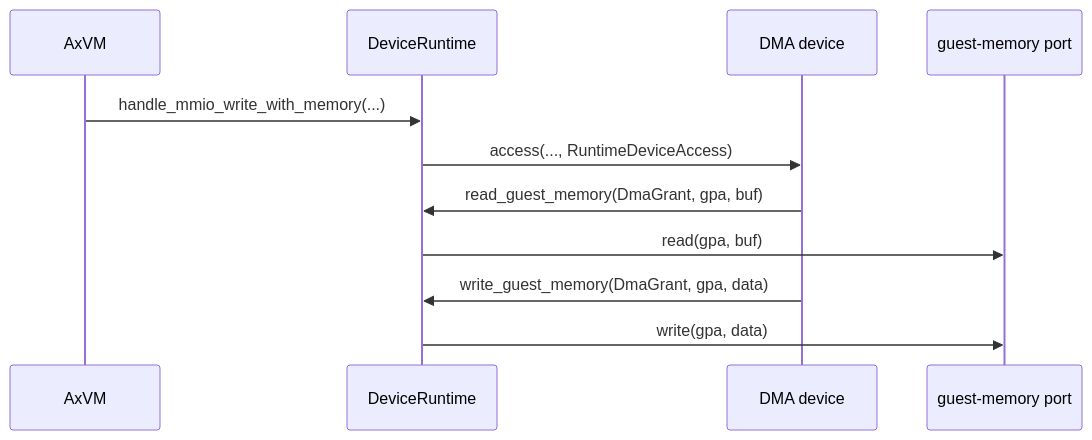
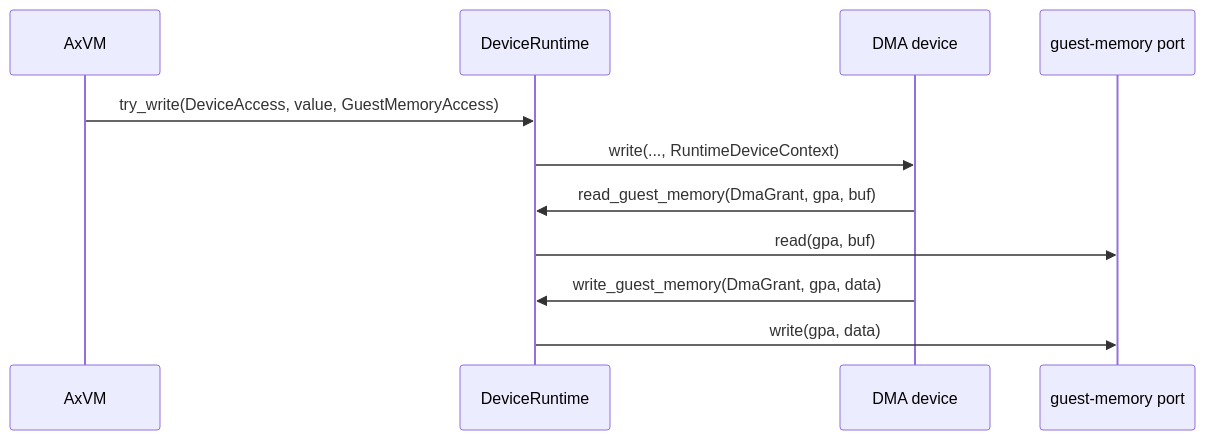
Before and after one commit to 451846939/tgoskits: the fifth of 5 diagrams in docs/docs/architecture/axvisor/emulated-devices.md, drawn with Mermaid. The commit also changed other lines of this file and 41 other files, not shown here.

First line of the commit message:
fix(axdevice)!: bind device access to the issuing vCPU (#2092)

````diff
--- a/docs/docs/architecture/axvisor/emulated-devices.md
+++ b/docs/docs/architecture/axvisor/emulated-devices.md
@@ -485,14 +495,14 @@
 ```mermaid
 sequenceDiagram
     participant VM as AxVM
     participant RT as DeviceRuntime
     participant DEV as DMA device
     participant MEM as guest-memory port
 
-    VM->>RT: handle_mmio_write_with_memory(...)
-    RT->>DEV: access(..., RuntimeDeviceAccess)
+    VM->>RT: try_write(DeviceAccess, value, GuestMemoryAccess)
+    RT->>DEV: write(..., RuntimeDeviceContext)
     DEV->>RT: read_guest_memory(DmaGrant, gpa, buf)
     RT->>MEM: read(gpa, buf)
     DEV->>RT: write_guest_memory(DmaGrant, gpa, data)
     RT->>MEM: write(gpa, data)
 ```
````
